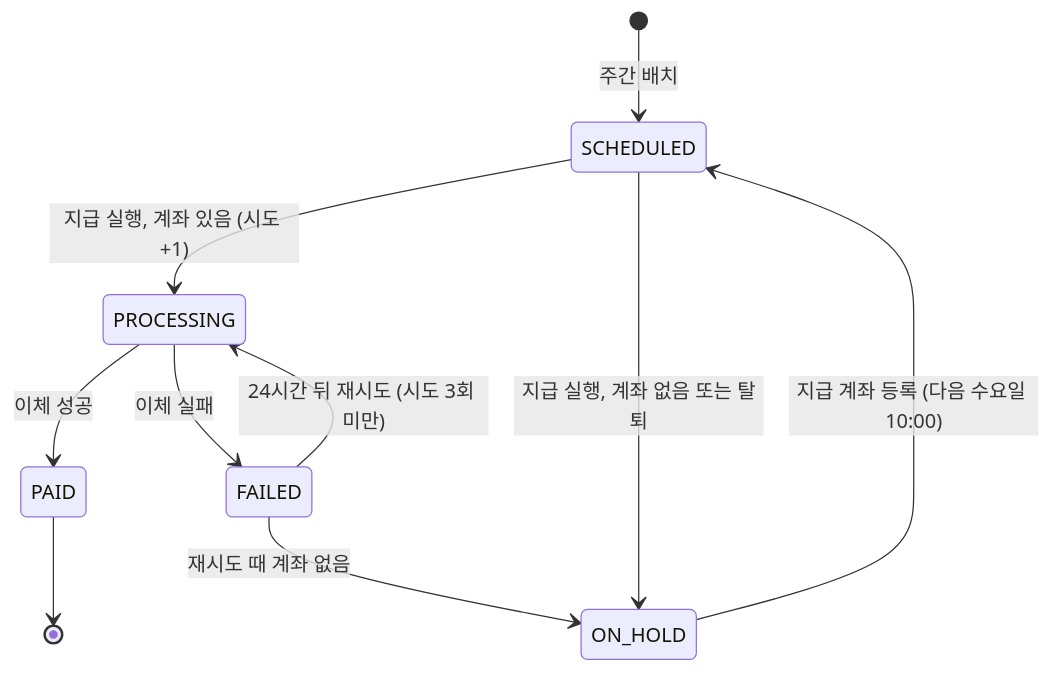
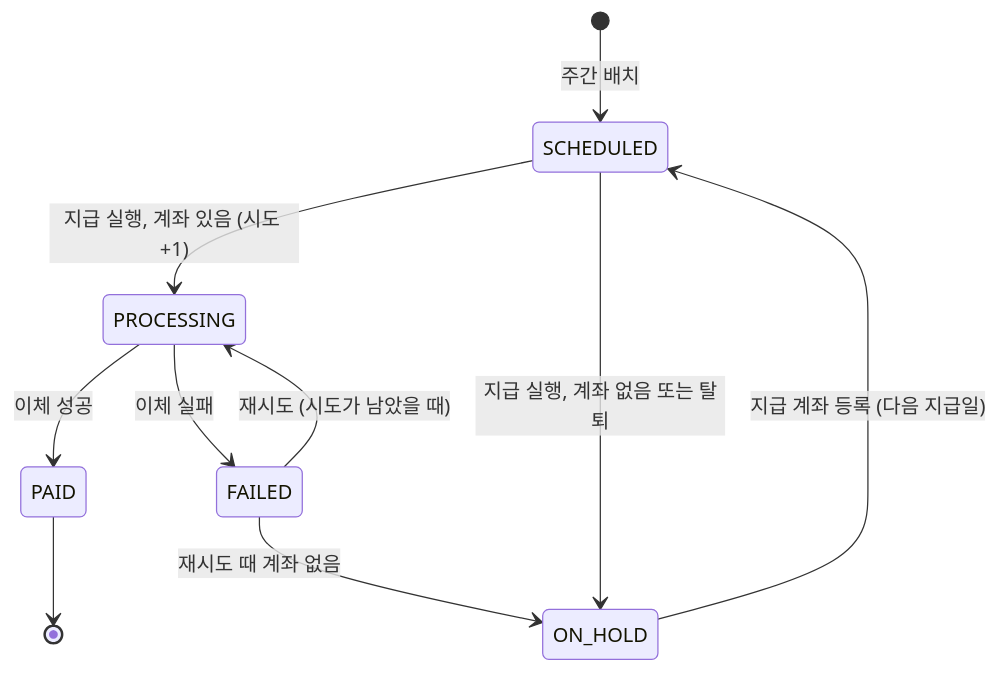
Before and after one commit to jonghoon24/workbridge: the third of 3 diagrams in docs/domain/milestones-payments.md, drawn with Mermaid. The commit also changed other lines of this file and 34 other files, not shown here.

````diff
--- a/docs/domain/milestones-payments.md
+++ b/docs/domain/milestones-payments.md
@@ -173,12 +129,12 @@
 ```mermaid
 stateDiagram-v2
     [*] --> SCHEDULED: 주간 배치
     SCHEDULED --> PROCESSING: 지급 실행, 계좌 있음 (시도 +1)
     SCHEDULED --> ON_HOLD: 지급 실행, 계좌 없음 또는 탈퇴
-    ON_HOLD --> SCHEDULED: 지급 계좌 등록 (다음 수요일 10:00)
+    ON_HOLD --> SCHEDULED: 지급 계좌 등록 (다음 지급일)
     PROCESSING --> PAID: 이체 성공
     PROCESSING --> FAILED: 이체 실패
-    FAILED --> PROCESSING: 24시간 뒤 재시도 (시도 3회 미만)
+    FAILED --> PROCESSING: 재시도 (시도가 남았을 때)
     FAILED --> ON_HOLD: 재시도 때 계좌 없음
     PAID --> [*]
 ```
````
